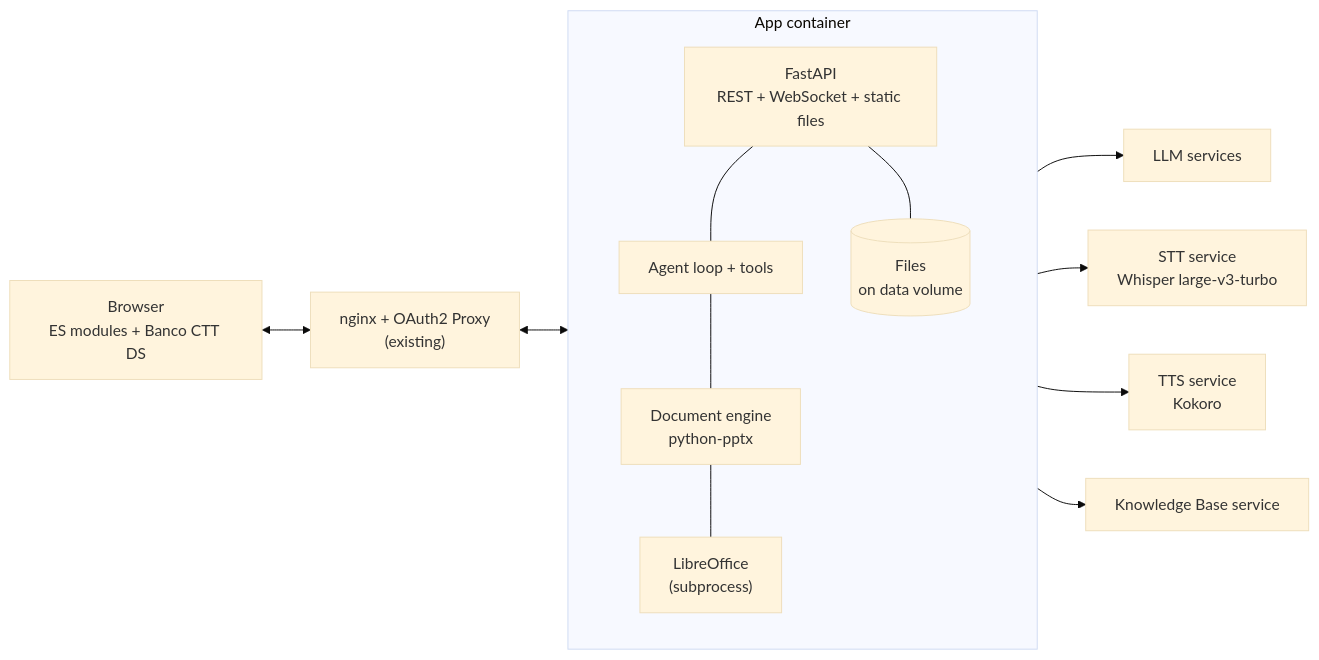
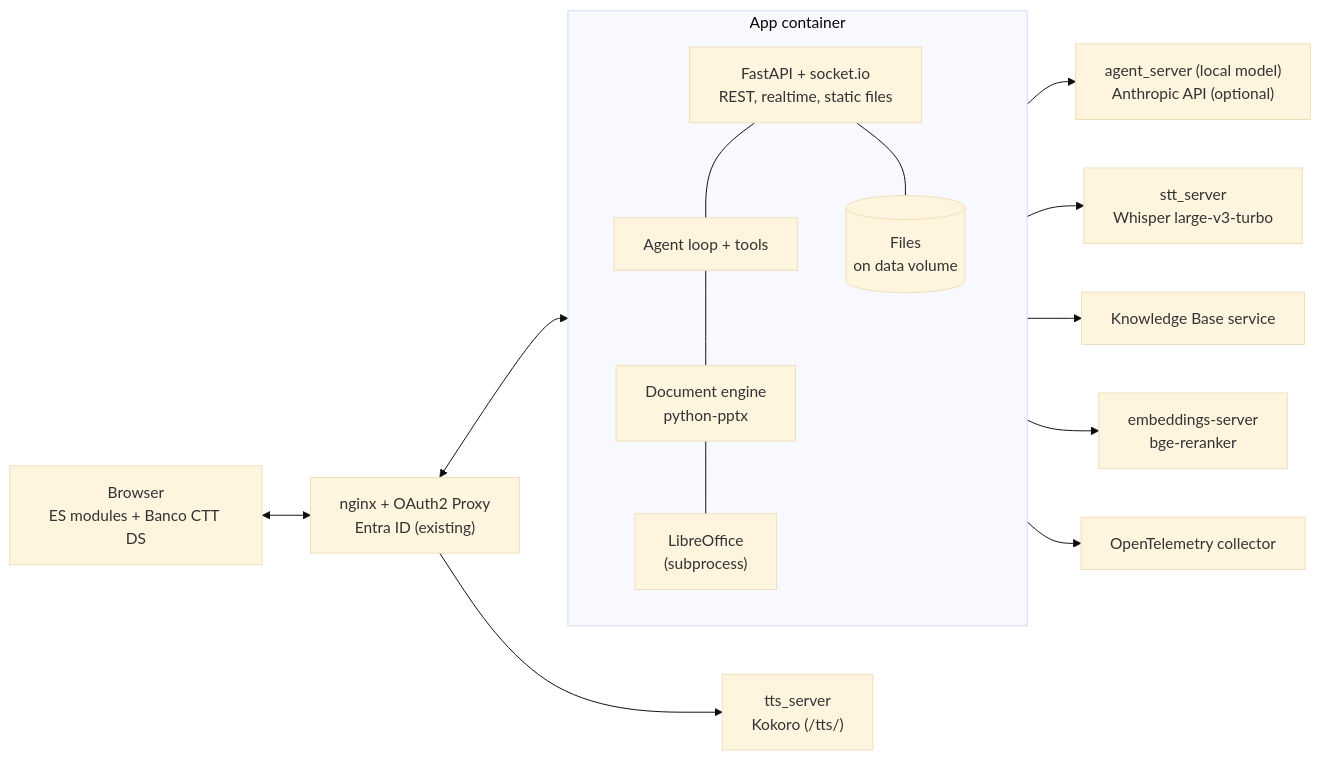
The diagram in documentation/AI Slide Assistant_ Technical Design.md (logus2k/pptx), drawn with Mermaid (base theme) before and after one commit. The commit also changed other lines of this file and 9 other files, not shown here.

````diff
--- a/documentation/AI Slide Assistant_ Technical Design.md
+++ b/documentation/AI Slide Assistant_ Technical Design.md
@@ -42,19 +46,21 @@
 ```mermaid
 flowchart LR
-  Browser["Browser<br/>ES modules + Banco CTT DS"] <--> Nginx["nginx + OAuth2 Proxy<br/>(existing)"]
+  Browser["Browser<br/>ES modules + Banco CTT DS"] <--> Nginx["nginx + OAuth2 Proxy<br/>Entra ID (existing)"]
   Nginx <--> App
   subgraph App["App container"]
-    API["FastAPI<br/>REST + WebSocket + static files"]
+    API["FastAPI + socket.io<br/>REST, realtime, static files"]
     Agent["Agent loop + tools"]
     Engine["Document engine<br/>python-pptx"]
     LO["LibreOffice<br/>(subprocess)"]
     DB[("Files<br/>on data volume")]
     API --- Agent --- Engine
     Engine --- LO
     API --- DB
   end
-  App --> LLM["LLM services"]
-  App --> STT["STT service<br/>Whisper large-v3-turbo"]
-  App --> TTS["TTS service<br/>Kokoro"]
+  App --> LLM["agent_server (local model)<br/>Anthropic API (optional)"]
+  App --> STT["stt_server<br/>Whisper large-v3-turbo"]
+  Nginx --> TTS["tts_server<br/>Kokoro (/tts/)"]
   App --> KB["Knowledge Base service"]
+  App --> Rerank["embeddings-server<br/>bge-reranker"]
+  App --> OTel["OpenTelemetry collector"]
 ```
````
